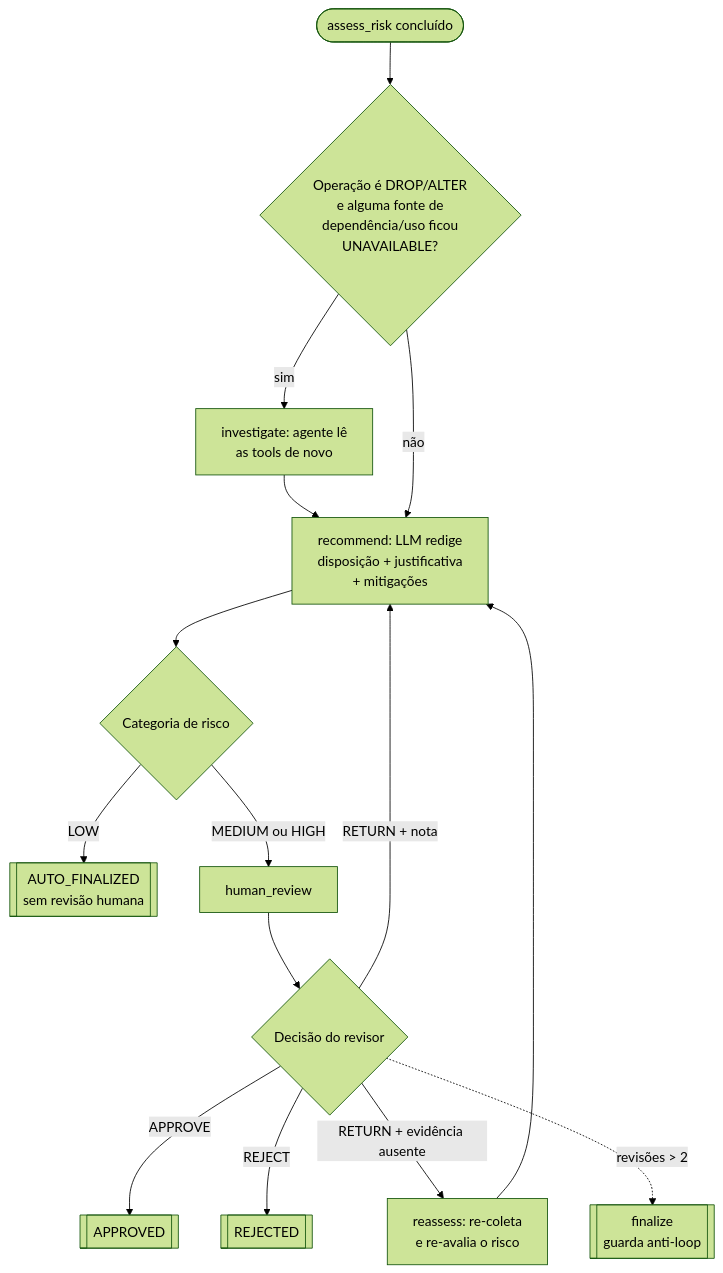
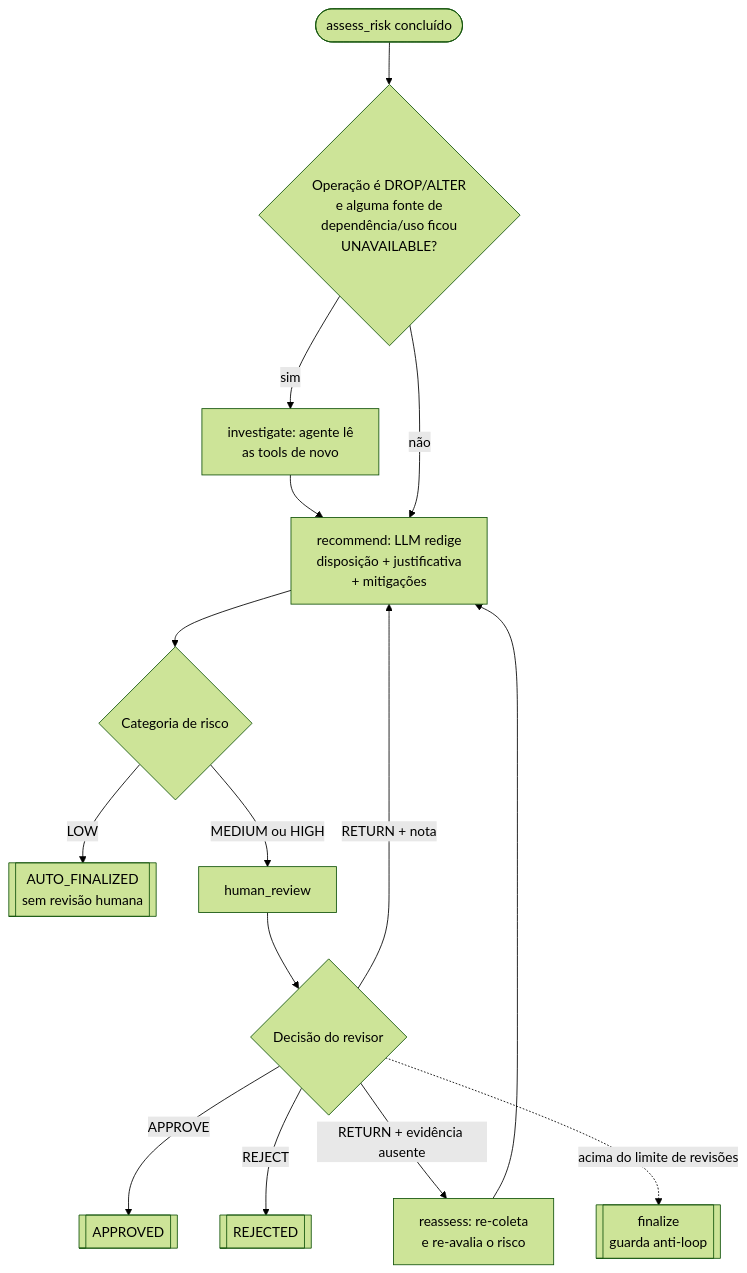
Before and after one commit to alencardoug/data-change-risk-analyst: the third of 3 diagrams in PORTFOLIO.md, drawn with Mermaid (forest theme).

Commit message:
docs(portfolio): evita '>' em rótulo de aresta do Mermaid (#12)
"revisões > 2" no rótulo de uma aresta pode quebrar o parser do Mermaid no
GitHub. Troca por "acima do limite de revisões".

Claude-Session: https://claude.ai/code/session_01XyHeGJcUWnXFcF7wQSKSk2

````diff
--- a/PORTFOLIO.md
+++ b/PORTFOLIO.md
@@ -174,15 +174,15 @@
 ```mermaid
 flowchart TD
     S([assess_risk concluído]) --> Q1{Operação é DROP/ALTER<br/>e alguma fonte de<br/>dependência/uso ficou<br/>UNAVAILABLE?}
     Q1 -->|sim| INV[investigate: agente lê<br/>as tools de novo] --> RC
     Q1 -->|não| RC[recommend: LLM redige<br/>disposição + justificativa<br/>+ mitigações]
     RC --> Q2{Categoria de risco}
     Q2 -->|LOW| FIN1[[AUTO_FINALIZED<br/>sem revisão humana]]
     Q2 -->|MEDIUM ou HIGH| HR[human_review]
     HR --> Q3{Decisão do revisor}
     Q3 -->|APPROVE| FIN2[[APPROVED]]
     Q3 -->|REJECT| FIN3[[REJECTED]]
     Q3 -->|RETURN + nota| RC
     Q3 -->|RETURN + evidência ausente| BACK[reassess: re-coleta<br/>e re-avalia o risco] --> RC
-    Q3 -.->|revisões > 2| FIN4[[finalize<br/>guarda anti-loop]]
+    Q3 -.->|acima do limite de revisões| FIN4[[finalize<br/>guarda anti-loop]]
 ```
````
